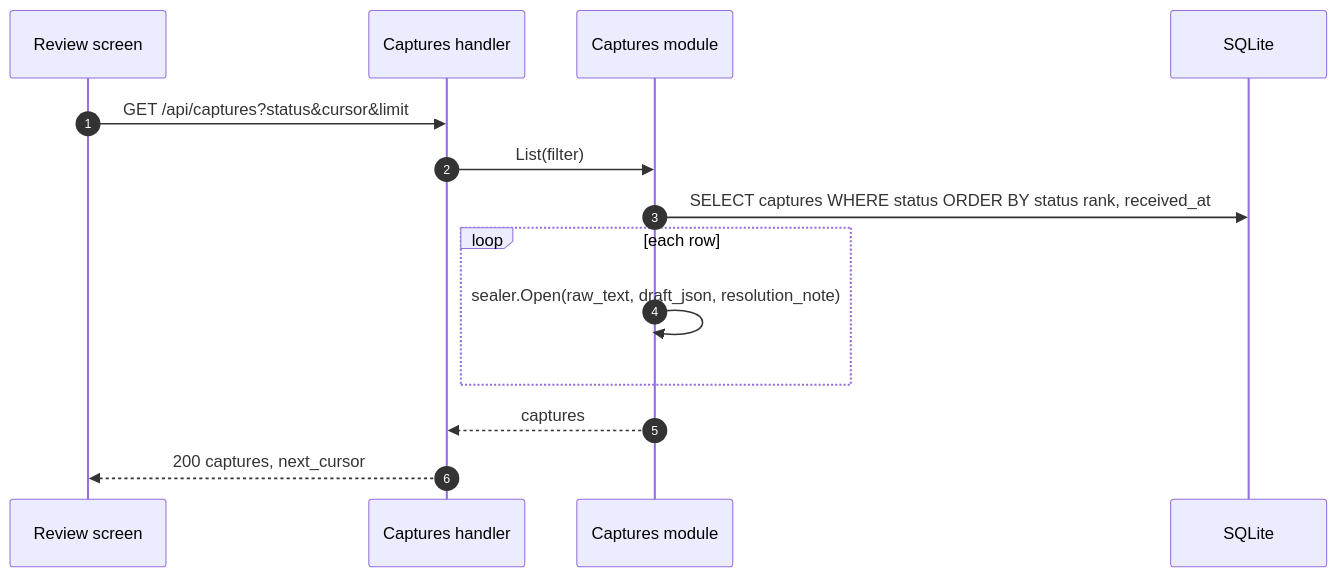
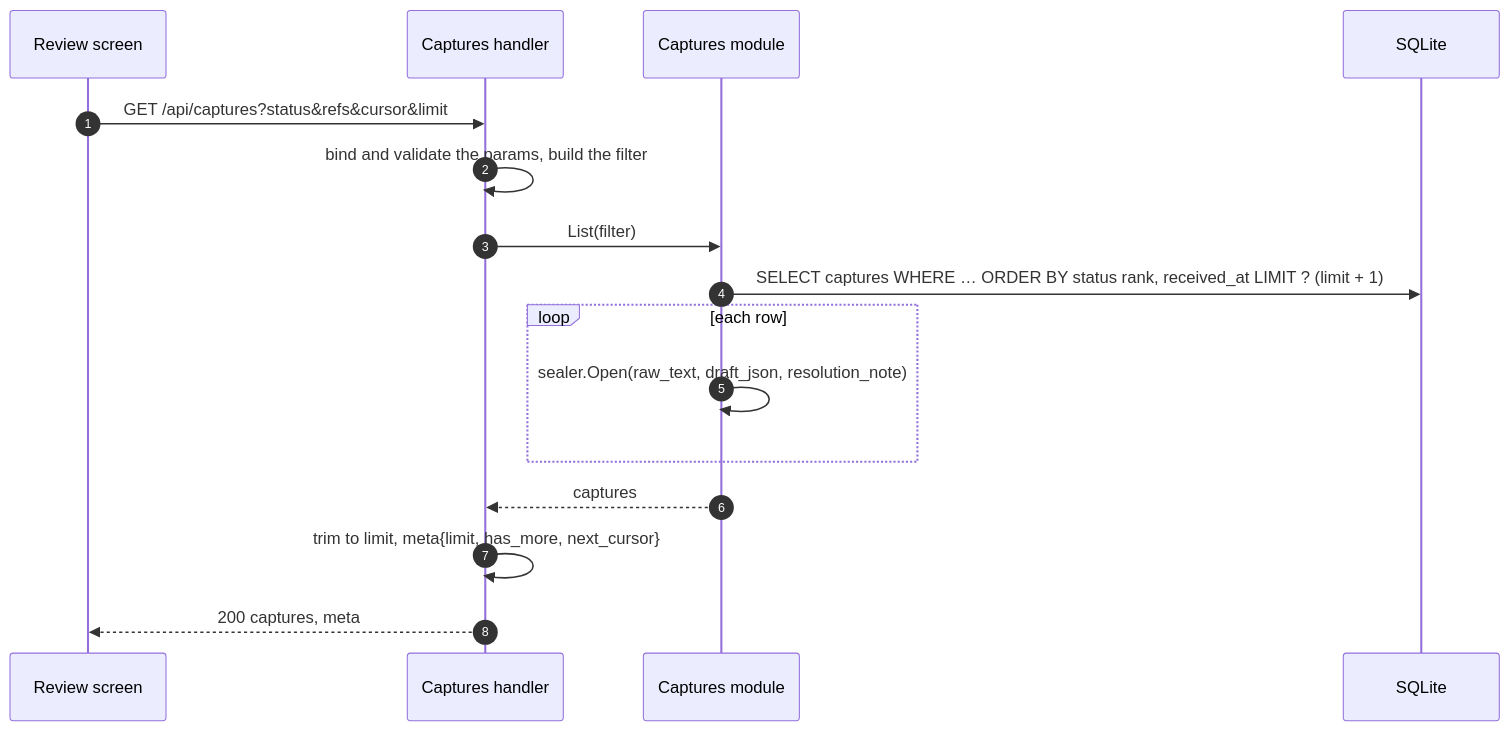
The diagram in docs/endpoints/GET_api_captures.md (dimasbaguspm/spenicle), drawn with Mermaid before and after one commit. The commit also changed other lines of this file and 57 other files, not shown here.

Commit message:
feat: give every list a ref cursor, a meta envelope and filters

````diff
--- a/docs/endpoints/GET_api_captures.md
+++ b/docs/endpoints/GET_api_captures.md
@@ -56,16 +63,18 @@
 ```mermaid
 sequenceDiagram
     autonumber
     participant UI as Review screen
     participant H as Captures handler
     participant C as Captures module
     participant DB as SQLite
-    UI->>H: GET /api/captures?status&cursor&limit
+    UI->>H: GET /api/captures?status&refs&cursor&limit
+    H->>H: bind and validate the params, build the filter
     H->>C: List(filter)
-    C->>DB: SELECT captures WHERE status ORDER BY status rank, received_at
+    C->>DB: SELECT captures WHERE … ORDER BY status rank, received_at LIMIT ? (limit + 1)
     loop each row
         C->>C: sealer.Open(raw_text, draft_json, resolution_note)
     end
     C-->>H: captures
-    H-->>UI: 200 captures, next_cursor
+    H->>H: trim to limit, meta{limit, has_more, next_cursor}
+    H-->>UI: 200 captures, meta
 ```
````
